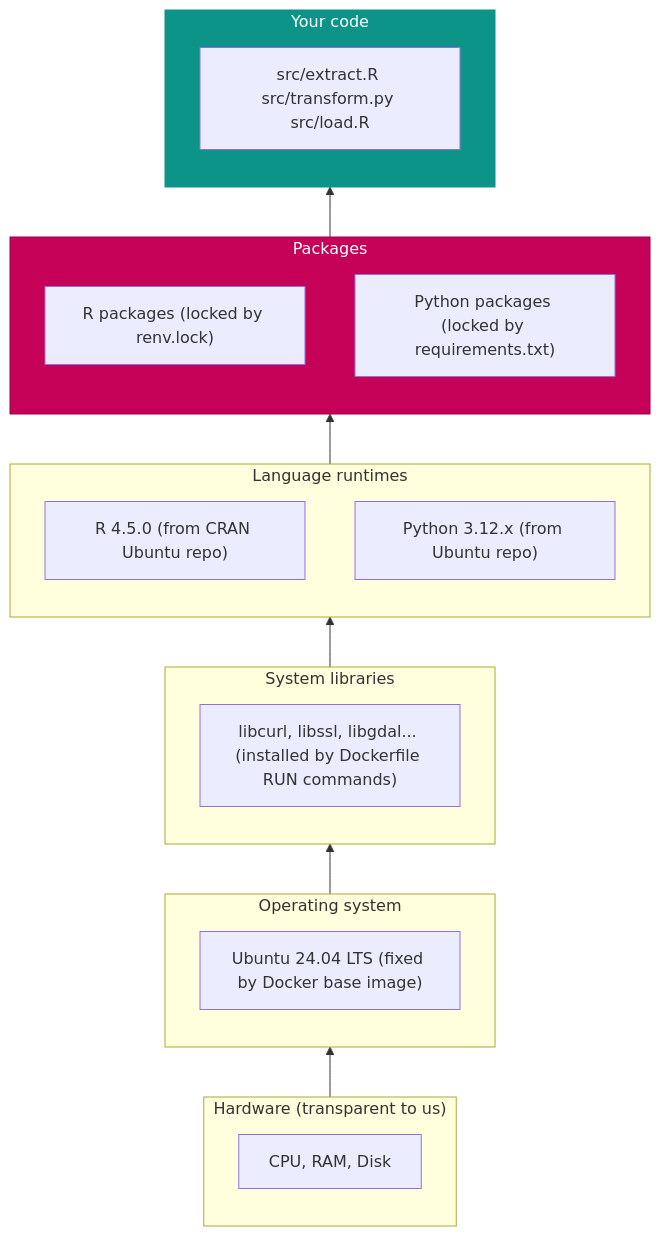
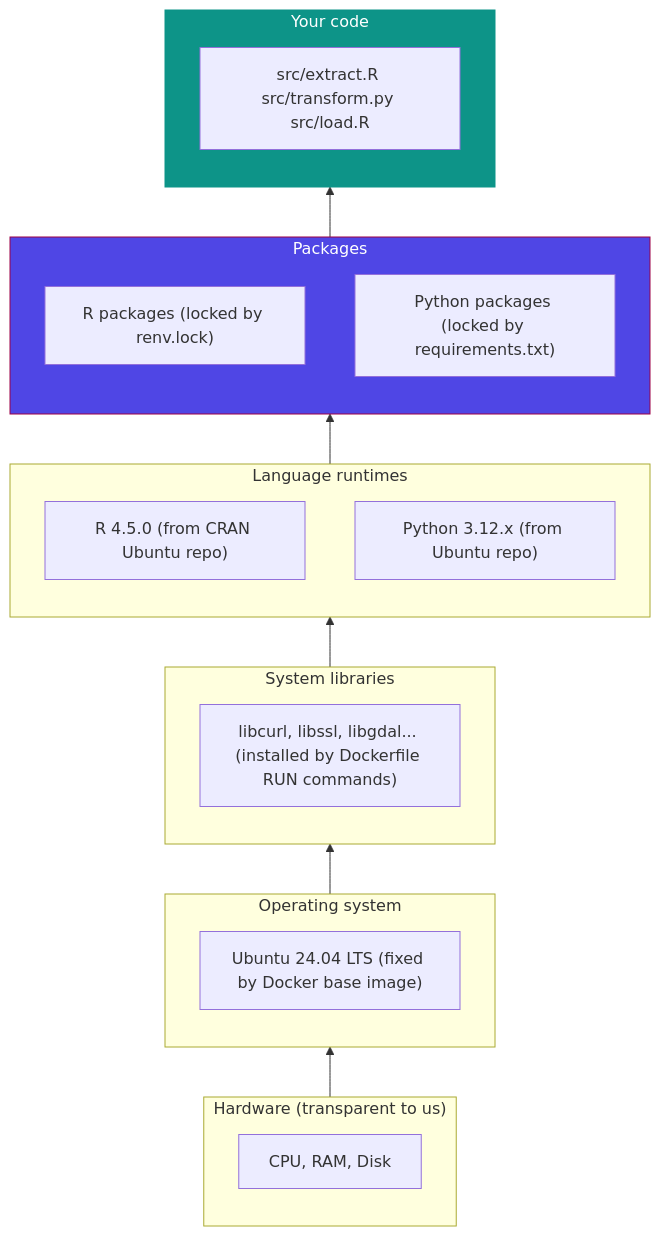
The second of 2 diagrams in docs/version-management.md (Ch3w3y/docker_gcp), drawn with Mermaid before and after one commit. The commit also changed other lines of this file and 12 other files, not shown here.

````diff
--- a/docs/version-management.md
+++ b/docs/version-management.md
@@ -249,33 +249,33 @@
 ```mermaid
 flowchart BT
     subgraph Layer1["Hardware (transparent to us)"]
         CPU["CPU, RAM, Disk"]
     end
 
     subgraph Layer2["Operating system"]
         OS["Ubuntu 24.04 LTS (fixed by Docker base image)"]
     end
 
     subgraph Layer3["System libraries"]
         SL["libcurl, libssl, libgdal... (installed by Dockerfile RUN commands)"]
     end
 
     subgraph Layer4["Language runtimes"]
         R["R 4.5.0 (from CRAN Ubuntu repo)"]
         PY["Python 3.12.x (from Ubuntu repo)"]
     end
 
     subgraph Layer5["Packages"]
         RP["R packages (locked by renv.lock)"]
         PP["Python packages (locked by requirements.txt)"]
     end
 
     subgraph Layer6["Your code"]
         CODE["src/extract.R src/transform.py src/load.R"]
     end
 
     Layer1 --> Layer2 --> Layer3 --> Layer4 --> Layer5 --> Layer6
 
-    style Layer5 fill:#c60158,stroke:#9b0146,color:#ffffff
+    style Layer5 fill:#4f46e5,stroke:#9b0146,color:#ffffff
     style Layer6 fill:#0d9488,color:#ffffff,stroke:#0d9488
 ```
````
